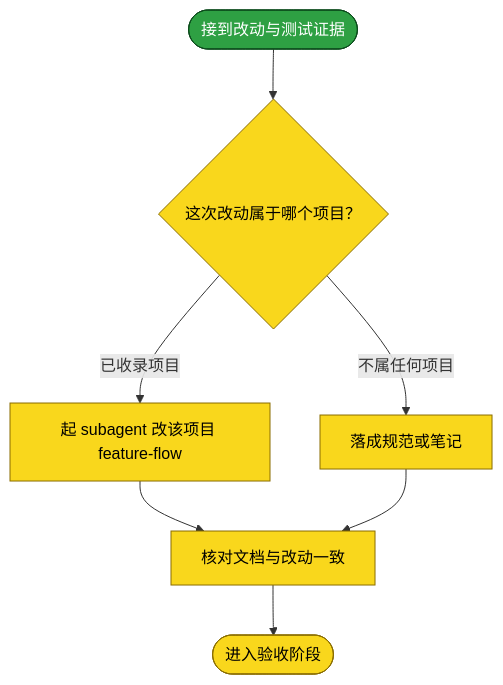
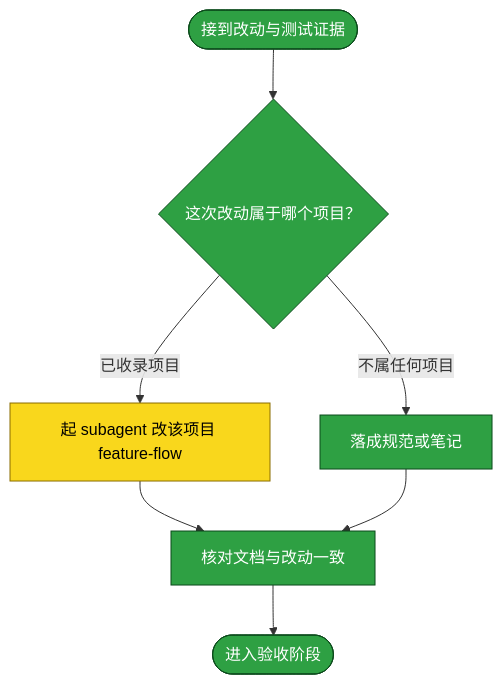
The fourth of 5 diagrams in assets/inbox/req.knowledge-base.assets-branch-split.20261009-133633.md (yunjies/knowledge-base), drawn with Mermaid before and after one commit. The commit also changed other lines of this file, not shown here.

````diff
--- a/assets/inbox/req.knowledge-base.assets-branch-split.20261009-133633.md
+++ b/assets/inbox/req.knowledge-base.assets-branch-split.20261009-133633.md
@@ -429,15 +429,16 @@
 ```mermaid
 flowchart TB
   A_IN(["接到改动与测试证据"]) --> A_LOCATE{"这次改动属于哪个项目？"}
   A_LOCATE -->|"已收录项目"| A_AGENT["起 subagent 改该项目 feature-flow"]
   A_LOCATE -->|"不属任何项目"| A_ELSE["落成规范或笔记"]
   A_AGENT --> A_CHECK["核对文档与改动一致"]
   A_ELSE --> A_CHECK
   A_CHECK --> A_OUT(["进入验收阶段"])
 
   classDef todo fill:#f9d71c,stroke:#8a6d00,color:#000
   classDef done fill:#2ea043,stroke:#0b4a1b,color:#fff
   classDef stuck fill:#d73a49,stroke:#7d1220,color:#fff
   class A_IN done
-  class A_LOCATE,A_AGENT,A_ELSE,A_CHECK,A_OUT todo
+  class A_LOCATE,A_ELSE,A_CHECK,A_OUT done
+  class A_AGENT todo
 ```
````
